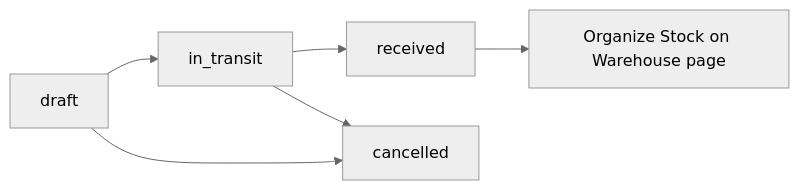
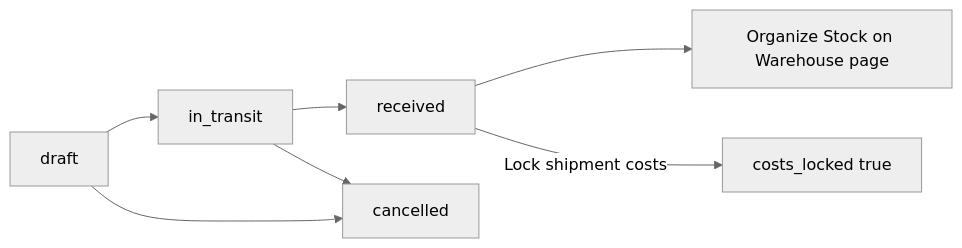
One commit to david-git-2/brandwala-wholesale-quasar-v2 changed the fourth of 4 diagrams in doc/procurement_stock/PROCUREMENT_STOCK.md. Above: the diagram before and after it, drawn with Mermaid (neutral theme). The commit also changed other lines of this file and 22 other files, not shown here.

````diff
--- a/doc/procurement_stock/PROCUREMENT_STOCK.md
+++ b/doc/procurement_stock/PROCUREMENT_STOCK.md
@@ -137,7 +155,8 @@
 ```mermaid
 flowchart LR
   draft --> in_transit --> received
   draft --> cancelled
   in_transit --> cancelled
   received --> organizeStock["Organize Stock on Warehouse page"]
+  received -->|"Lock shipment costs"| costsLocked["costs_locked true"]
 ```
````
